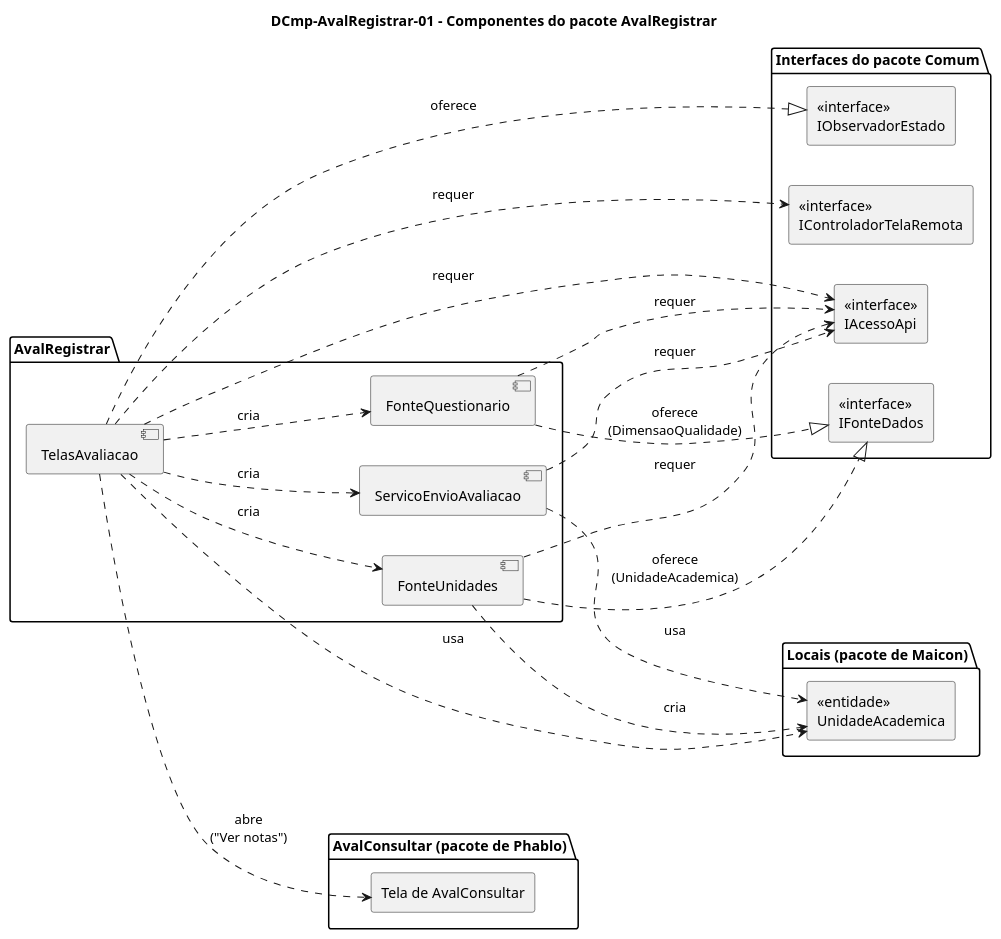
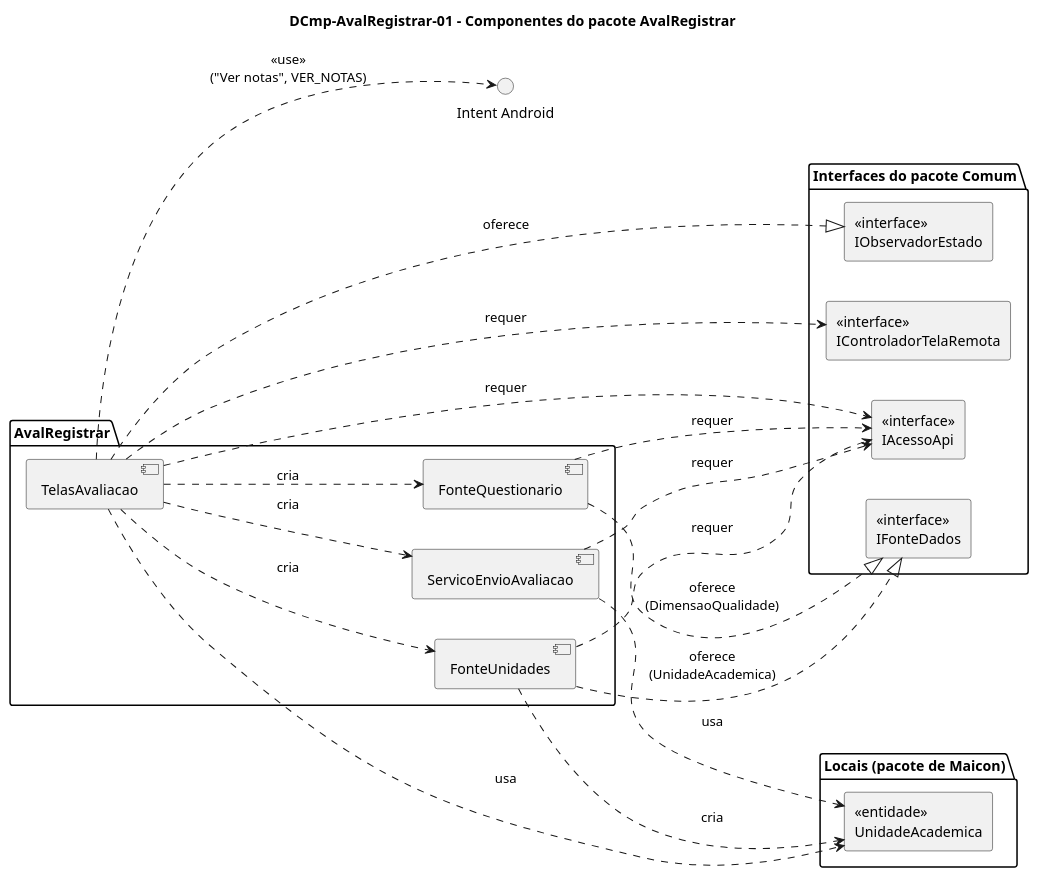
Before and after one commit to joseduardogon/Minha_UFG_Grupo_Cinza: the diagram in AvalRegistrar/DCmp-AvalRegistrar-01.puml, drawn with PlantUML. The commit also changed 21 other files, not shown here.

First line of the commit message:
D-AVC-02: Avaliação – Consultar notas – estrutura (DD, DCmp e DCla)

```diff
--- a/AvalRegistrar/DCmp-AvalRegistrar-01.puml
+++ b/AvalRegistrar/DCmp-AvalRegistrar-01.puml
@@ -1,48 +1,46 @@
 @startuml DCmp-AvalRegistrar-01
 title DCmp-AvalRegistrar-01 – Componentes do pacote AvalRegistrar
 skinparam componentStyle uml2
 skinparam nodesep 40
 skinparam ranksep 90
 left to right direction
 
 package "AvalRegistrar" {
   component "TelasAvaliacao" as Telas
   component "FonteUnidades" as FonteUA
   component "FonteQuestionario" as FonteQ
   component "ServicoEnvioAvaliacao" as Servico
 }
 
 package "Interfaces do pacote Comum" {
   rectangle "<<interface>>\nIObservadorEstado" as IObservador
   rectangle "<<interface>>\nIControladorTelaRemota" as IControlador
   rectangle "<<interface>>\nIFonteDados" as IFonteDados
   rectangle "<<interface>>\nIAcessoApi" as IAcessoApi
 }
 
 package "Locais (pacote de Maicon)" {
   rectangle "<<entidade>>\nUnidadeAcademica" as UA
 }
 
-package "AvalConsultar (pacote de Phablo)" {
-  rectangle "Tela de AvalConsultar" as Consulta
-}
+interface "Intent Android" as Intent
 
 Telas ..|> IObservador : oferece
 FonteUA ..|> IFonteDados : oferece\n(UnidadeAcademica)
 FonteQ ..|> IFonteDados : oferece\n(DimensaoQualidade)
 
 Telas ..> IControlador : requer
 Telas ..> IAcessoApi : requer
 FonteUA ..> IAcessoApi : requer
 FonteQ ..> IAcessoApi : requer
 Servico ..> IAcessoApi : requer
 
 Telas ..> FonteUA : cria
 Telas ..> FonteQ : cria
 Telas ..> Servico : cria
 
 Telas ..> UA : usa
 FonteUA ..> UA : cria
 Servico ..> UA : usa
-Telas ..> Consulta : abre\n("Ver notas")
+Telas ..> Intent : <<use>>\n("Ver notas", VER_NOTAS)
 @enduml
```
